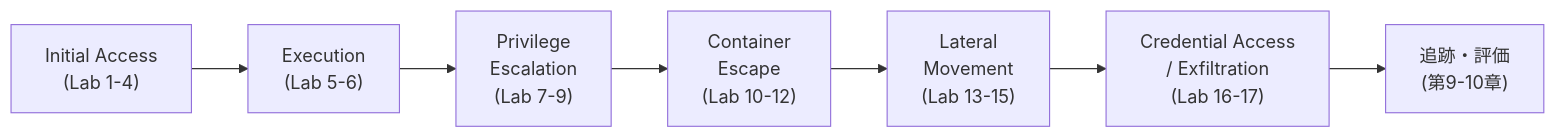
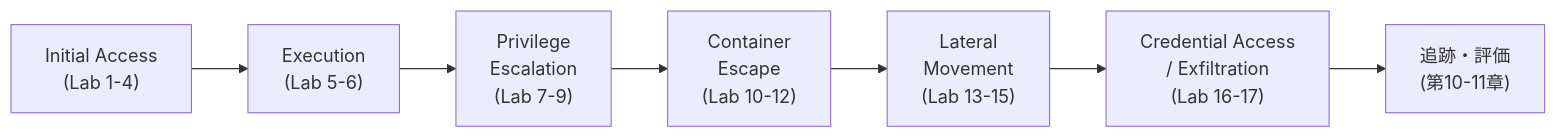
One commit to keitahigaki-prog/zenn-falco-series changed the third of 3 diagrams in books/k8s-attack-runtime-security/chapter01-attacker-view-of-k8s.md. Above: the diagram before and after it, drawn with Mermaid. The commit also changed other lines of this file and 13 other files, not shown here.

````diff
--- a/books/k8s-attack-runtime-security/chapter01-attacker-view-of-k8s.md
+++ b/books/k8s-attack-runtime-security/chapter01-attacker-view-of-k8s.md
@@ -116,9 +132,9 @@
 ```mermaid
 flowchart LR
     IA["Initial Access<br/>(Lab 1-4)"] --> EX["Execution<br/>(Lab 5-6)"]
     EX --> PE["Privilege<br/>Escalation<br/>(Lab 7-9)"]
     PE --> CE["Container<br/>Escape<br/>(Lab 10-12)"]
     CE --> LM["Lateral<br/>Movement<br/>(Lab 13-15)"]
     LM --> CA["Credential Access<br/>/ Exfiltration<br/>(Lab 16-17)"]
-    CA --> TR["追跡・評価<br/>(第9-10章)"]
+    CA --> TR["追跡・評価<br/>(第10-11章)"]
 ```
````
